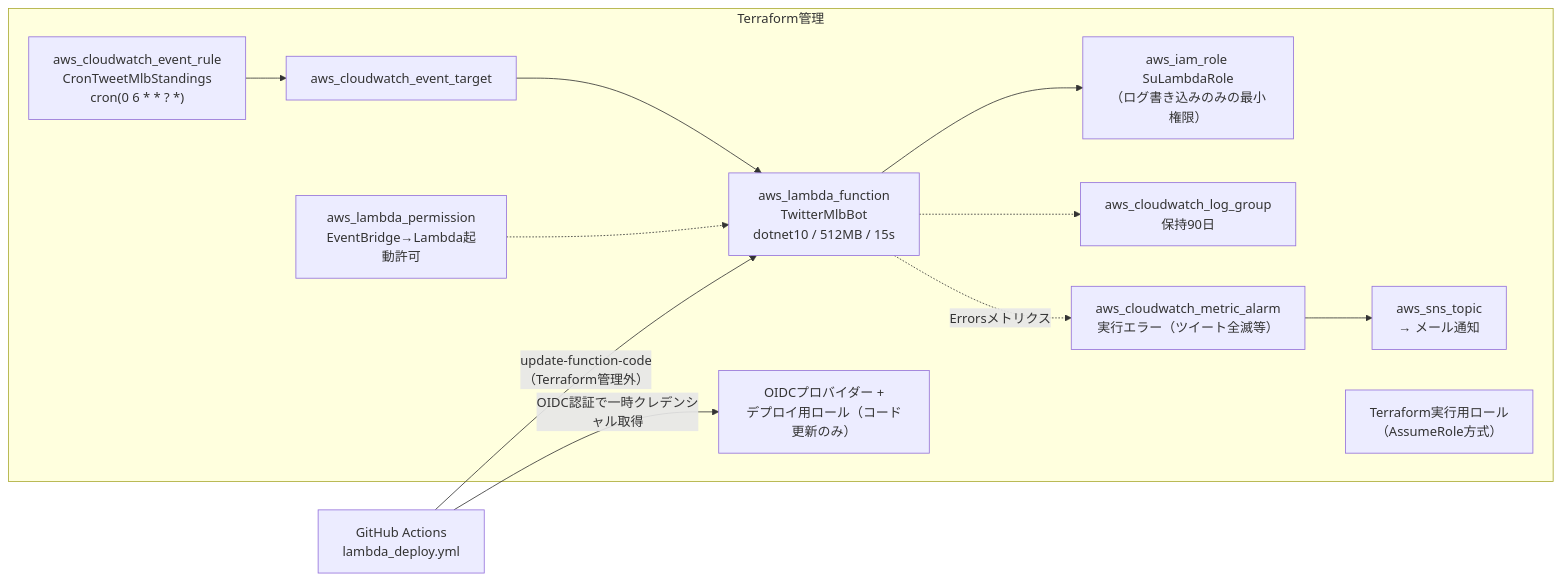
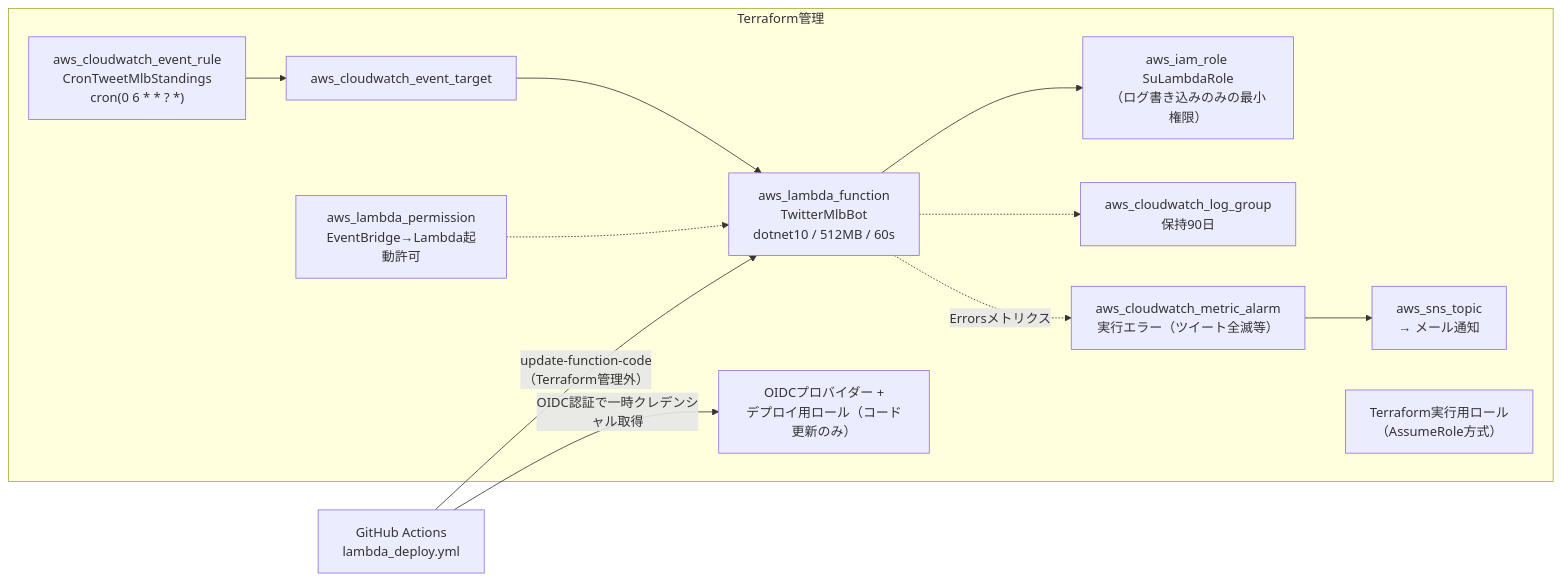
One commit to shin4488/MlbBot changed the diagram in infra/README.md. Above: the diagram before and after it, drawn with Mermaid. The commit also changed other lines of this file and 4 other files, not shown here.

````diff
--- a/infra/README.md
+++ b/infra/README.md
@@ -25,15 +25,15 @@
 ```mermaid
 flowchart LR
     subgraph tf["Terraform管理"]
         EB["aws_cloudwatch_event_rule<br>CronTweetMlbStandings<br>cron(0 6 * * ? *)"] --> TG["aws_cloudwatch_event_target"]
-        TG --> L["aws_lambda_function<br>TwitterMlbBot<br>dotnet10 / 512MB / 15s"]
+        TG --> L["aws_lambda_function<br>TwitterMlbBot<br>dotnet10 / 512MB / 60s"]
         PM["aws_lambda_permission<br>EventBridge→Lambda起動許可"] -.-> L
         L --> ROLE["aws_iam_role SuLambdaRole<br>（ログ書き込みのみの最小権限）"]
         L -.-> LG["aws_cloudwatch_log_group<br>保持90日"]
         L -.->|Errorsメトリクス| ALM["aws_cloudwatch_metric_alarm<br>実行エラー（ツイート全滅等）"] --> SNS["aws_sns_topic<br>→ メール通知"]
         OIDC["OIDCプロバイダー +<br>デプロイ用ロール（コード更新のみ）"]
         TFR["Terraform実行用ロール<br>（AssumeRole方式）"]
     end
     GH["GitHub Actions<br>lambda_deploy.yml"] -->|update-function-code<br>（Terraform管理外）| L
     GH -->|OIDC認証で一時クレデンシャル取得| OIDC
 ```
````
